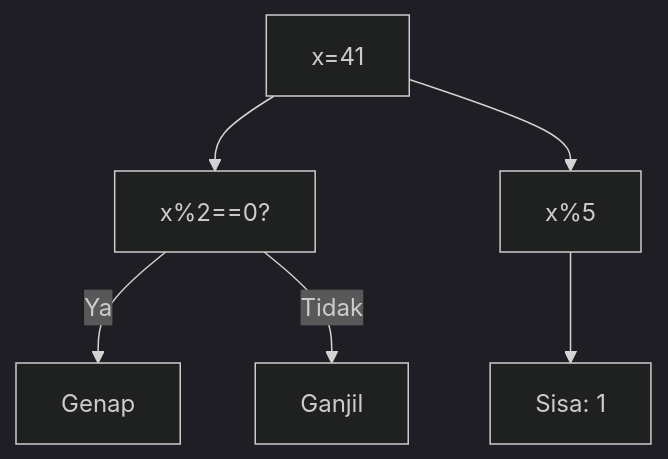
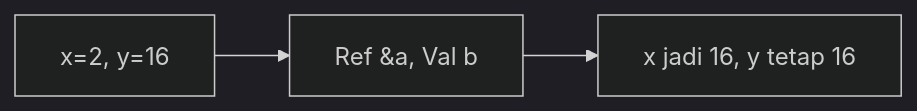
One commit to amnahwaida/OSNK_INF_PREP changed diagram 15 of 25 in part-c-pemahaman-cpp/04-fungsi/latihan/set-07.md. Above: the diagram before and after it, drawn with Mermaid (dark theme). The commit also changed other lines of this file and 71 other files, not shown here.

````diff
--- a/part-c-pemahaman-cpp/04-fungsi/latihan/set-07.md
+++ b/part-c-pemahaman-cpp/04-fungsi/latihan/set-07.md
@@ -434,8 +391,5 @@
 ```mermaid
-graph TD
-A["x=41"] --> B["x%2==0?"]
-B -- Ya --> C["Genap"]
-B -- Tidak --> D["Ganjil"]
-A --> E["x%5"]
-E --> F["Sisa: 1"]
+graph LR
+A["x=2, y=16"] --> B["Ref &a, Val b"]
+B --> C["x jadi 16, y tetap 16"]
 ```
````
